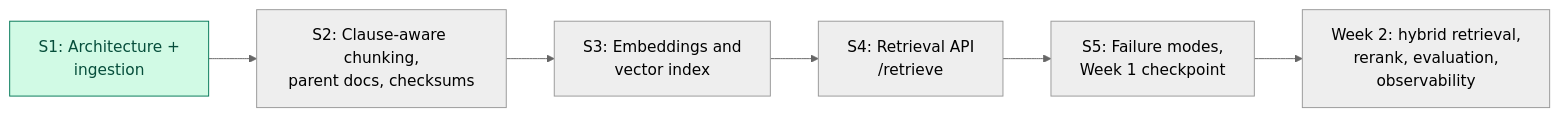
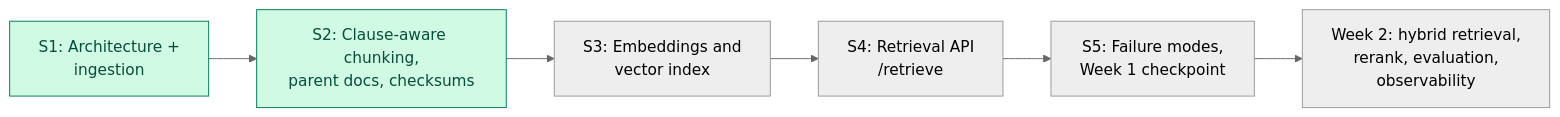
The eighth of 8 diagrams in README.md (pankajshakya627/enterprise-ai-training), drawn with Mermaid (neutral theme) before and after one commit. The commit also changed other lines of this file and 11 other files, not shown here.

````diff
--- a/README.md
+++ b/README.md
@@ -624,10 +722,10 @@
 ```mermaid
 flowchart LR
-    S1["S1: Architecture +<br/>ingestion"]:::done --> S2["S2: Clause-aware chunking,<br/>parent docs, checksums"]
+    S1["S1: Architecture +<br/>ingestion"]:::done --> S2["S2: Clause-aware chunking,<br/>parent docs, checksums"]:::done
     S2 --> S3["S3: Embeddings and<br/>vector index"]
     S3 --> S4["S4: Retrieval API<br/>/retrieve"]
     S4 --> S5["S5: Failure modes,<br/>Week 1 checkpoint"]
     S5 --> W2["Week 2: hybrid retrieval,<br/>rerank, evaluation,<br/>observability"]
 
     classDef done fill:#d1fae5,stroke:#047857,color:#064e3b
 ```
````
